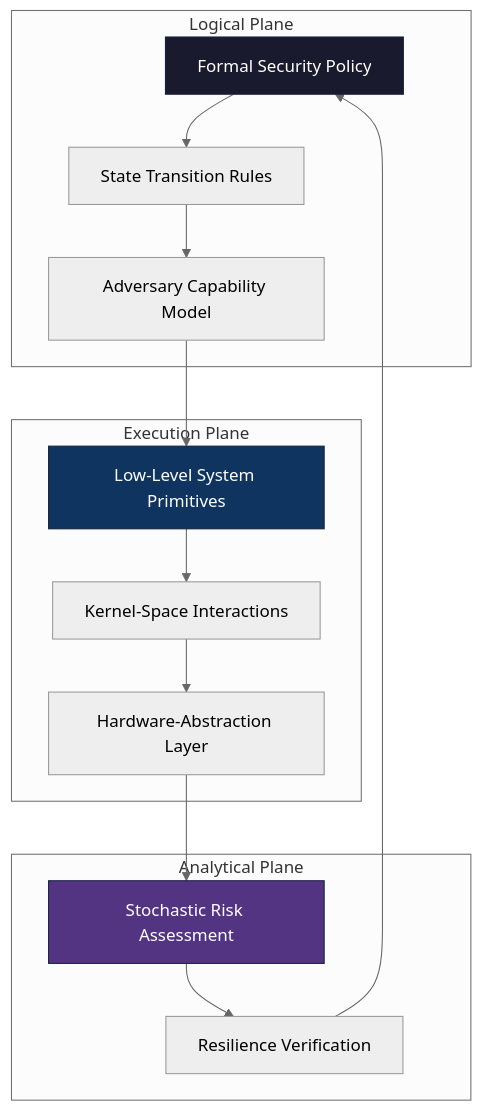
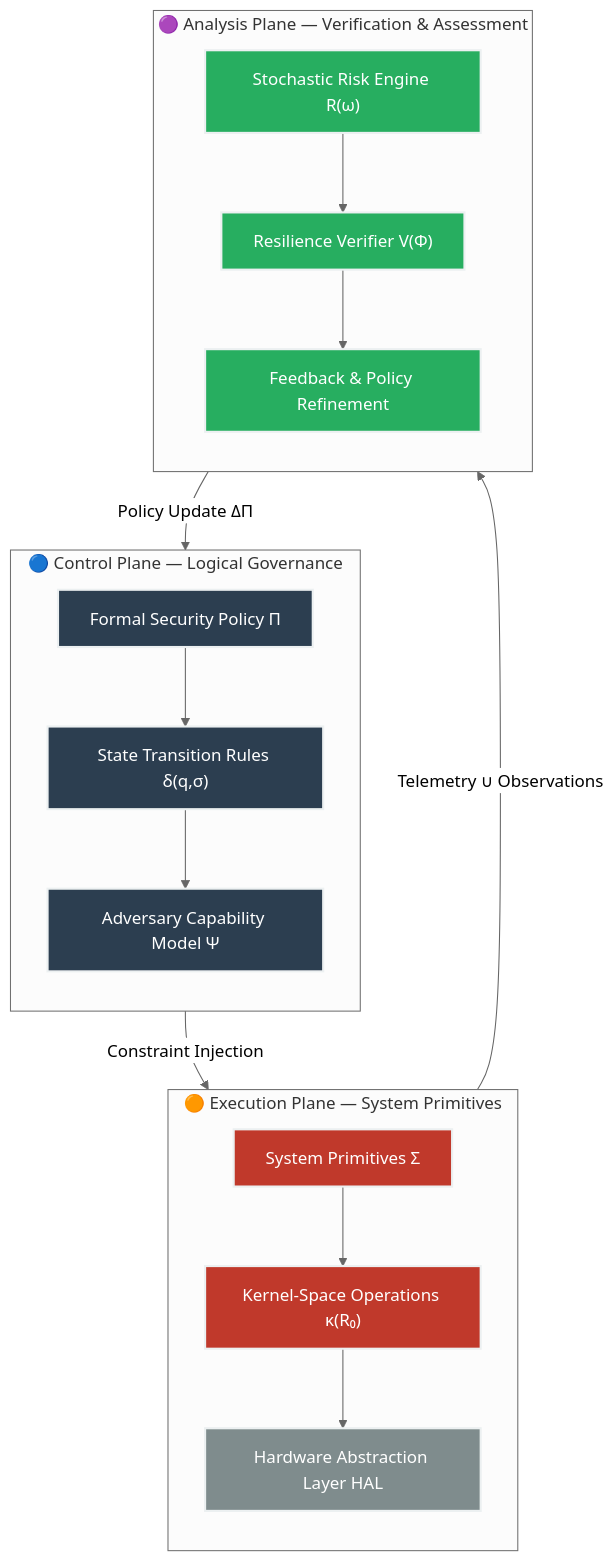
Before and after one commit to j3susangar1ca/plan: the first of 10 diagrams in README.md, drawn with Mermaid (neutral theme). The commit also changed other lines of this file, not shown here.

````diff
--- a/README.md
+++ b/README.md
@@ -13,23 +89,38 @@
 ```mermaid
-graph TD
-    subgraph "Logical Plane"
-        A["Formal Security Policy"] --> B["State Transition Rules"]
-        B --> C["Adversary Capability Model"]
+graph TB
+    classDef control fill:#2c3e50,stroke:#ecf0f1,stroke-width:2px,color:#fff;
+    classDef execution fill:#c0392b,stroke:#ecf0f1,stroke-width:2px,color:#fff;
+    classDef analysis fill:#27ae60,stroke:#ecf0f1,stroke-width:2px,color:#fff;
+    classDef hardware fill:#7f8c8d,stroke:#ecf0f1,stroke-width:2px,color:#fff;
+
+    subgraph CONTROL["🔵 Control Plane — Logical Governance"]
+        direction TB
+        CP1["Formal Security Policy Π"]:::control
+        CP2["State Transition Rules δ(q,σ)"]:::control
+        CP3["Adversary Capability Model Ψ"]:::control
+        CP1 --> CP2
+        CP2 --> CP3
     end
-    
-    subgraph "Execution Plane"
-        C --> D["Low-Level System Primitives"]
-        D --> E["Kernel-Space Interactions"]
-        E --> F["Hardware-Abstraction Layer"]
+
+    subgraph EXECUTION["🟠 Execution Plane — System Primitives"]
+        direction TB
+        DP1["System Primitives Σ"]:::execution
+        DP2["Kernel-Space Operations κ(R₀)"]:::execution
+        DP3["Hardware Abstraction Layer HAL"]:::hardware
+        DP1 --> DP2
+        DP2 --> DP3
     end
-    
-    subgraph "Analytical Plane"
-        F --> G["Stochastic Risk Assessment"]
-        G --> H["Resilience Verification"]
-        H --> A
+
+    subgraph ANALYSIS["🟣 Analysis Plane — Verification & Assessment"]
+        direction TB
+        AP1["Stochastic Risk Engine R(ω)"]:::analysis
+        AP2["Resilience Verifier V(Φ)"]:::analysis
+        AP3["Feedback & Policy Refinement"]:::analysis
+        AP1 --> AP2
+        AP2 --> AP3
     end
-    
-    style A fill:#1a1a2e,stroke:#16213e,color:#fff
-    style D fill:#0f3460,stroke:#16213e,color:#fff
-    style G fill:#533483,stroke:#16213e,color:#fff
+
+    CP3 -->|"Constraint Injection"| DP1
+    DP3 -->|"Telemetry ∪ Observations"| AP1
+    AP3 -->|"Policy Update ΔΠ"| CP1
 ```
````
